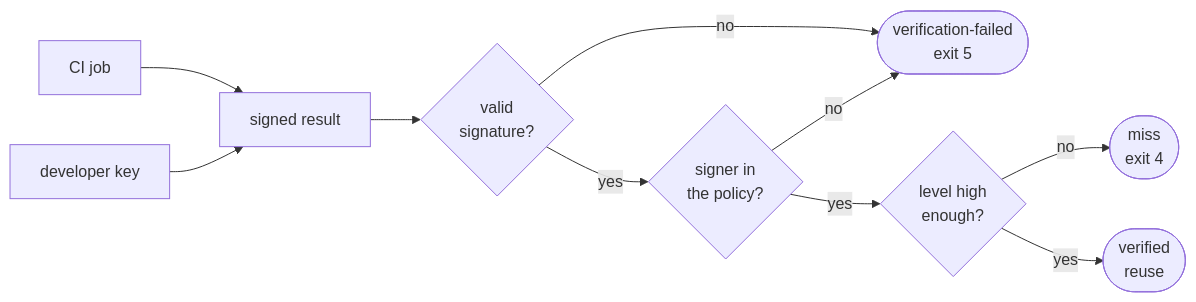
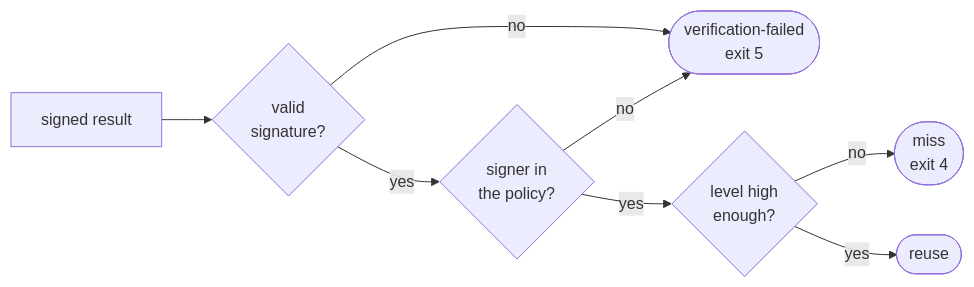
One commit to TrianaLab/aval changed the diagram in docs/concepts/trust.md. Above: the diagram before and after it, drawn with Mermaid. The commit also changed other lines of this file and 151 other files, not shown here.

````diff
--- a/docs/concepts/trust.md
+++ b/docs/concepts/trust.md
@@ -6,12 +6,10 @@
 ```mermaid
 flowchart LR
-  ci[CI job] --> r[signed result]
-  dev[developer key] --> r
-  r --> sig{valid<br>signature?}
+  r[signed result] --> sig{valid<br>signature?}
   sig -- no --> fail([verification-failed<br>exit 5]):::err
   sig -- yes --> who{signer in<br>the policy?}
   who -- no --> fail
   who -- yes --> lvl{level high<br>enough?}
   lvl -- no --> miss([miss<br>exit 4]):::muted
-  lvl -- yes --> ok([verified<br>reuse]):::ok
+  lvl -- yes --> ok([reuse]):::ok
 ```
````
